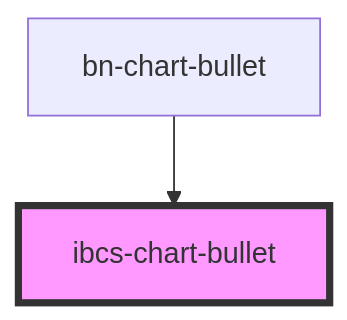
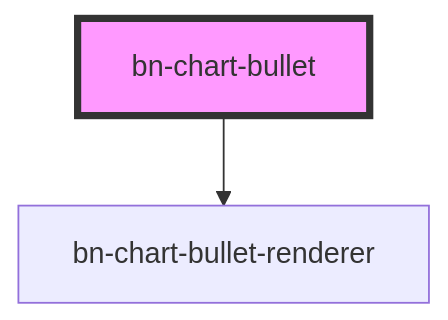
The diagram in src/components/bn-chart-bullet/readme.md (bino-bi/bn-template-engine), drawn with Mermaid before and after one commit. The commit also changed other lines of this file and 263 other files, not shown here.

````diff
--- a/src/components/bn-chart-bullet/readme.md
+++ b/src/components/bn-chart-bullet/readme.md
@@ -106,5 +136,5 @@
 ```mermaid
 graph TD;
-  bn-chart-bullet --> ibcs-chart-bullet
-  style ibcs-chart-bullet fill:#f9f,stroke:#333,stroke-width:4px
+  bn-chart-bullet --> bn-chart-bullet-renderer
+  style bn-chart-bullet fill:#f9f,stroke:#333,stroke-width:4px
 ```
````
